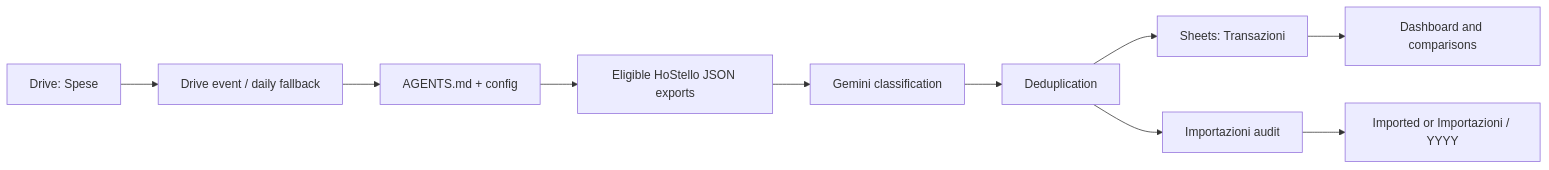
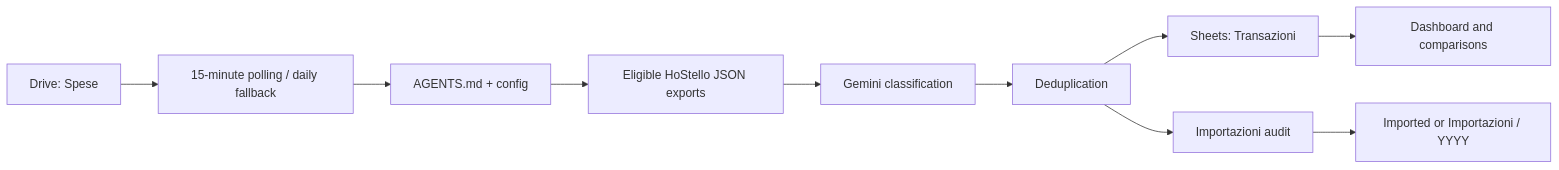
Before and after one commit to marcomc/Google-Drive-Expenses-Cataloger: the diagram in README.md, drawn with Mermaid. The commit also changed other lines of this file and 12 other files, not shown here.

````diff
--- a/README.md
+++ b/README.md
@@ -20,12 +20,12 @@
 ```mermaid
 flowchart LR
-  folder["Drive: Spese"] --> event["Drive event / daily fallback"]
+  folder["Drive: Spese"] --> event["15-minute polling / daily fallback"]
   event --> policy["AGENTS.md + config"]
   policy --> json["Eligible HoStello JSON exports"]
   json --> ai["Gemini classification"]
   ai --> dedupe["Deduplication"]
   dedupe --> ledger["Sheets: Transazioni"]
   ledger --> dashboard["Dashboard and comparisons"]
   dedupe --> audit["Importazioni audit"]
   audit --> archive["Imported or Importazioni / YYYY"]
 ```
````
